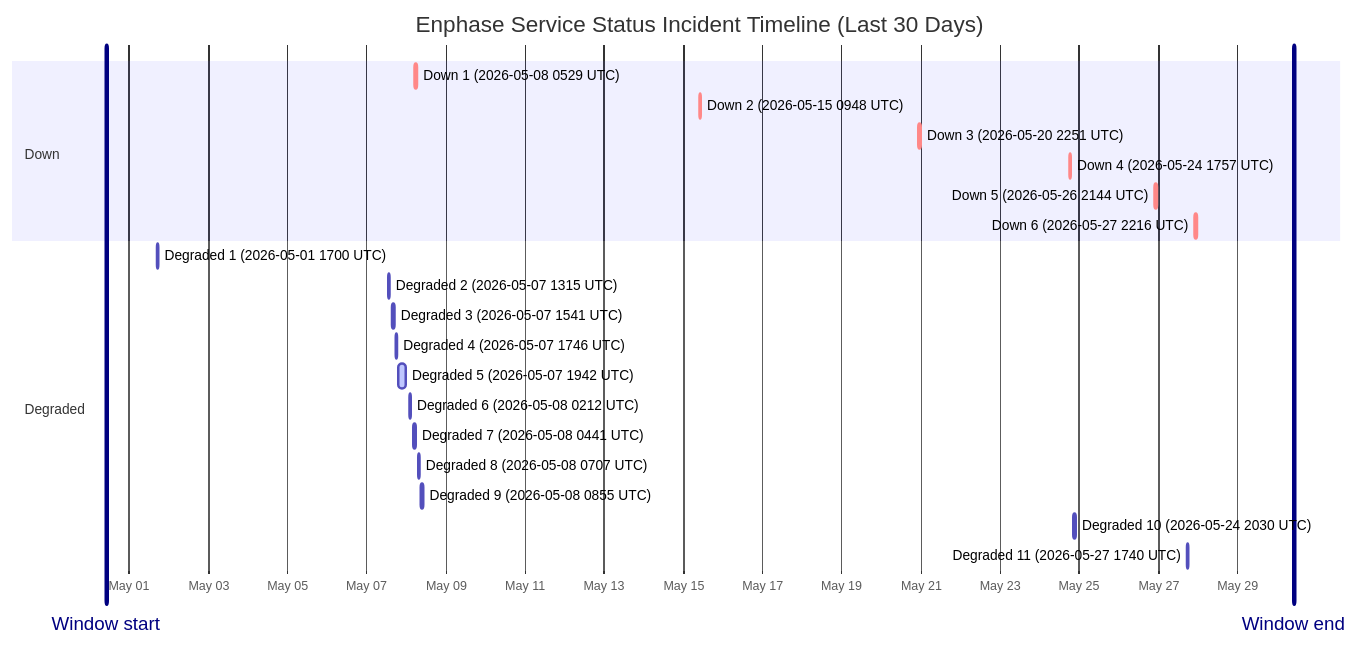
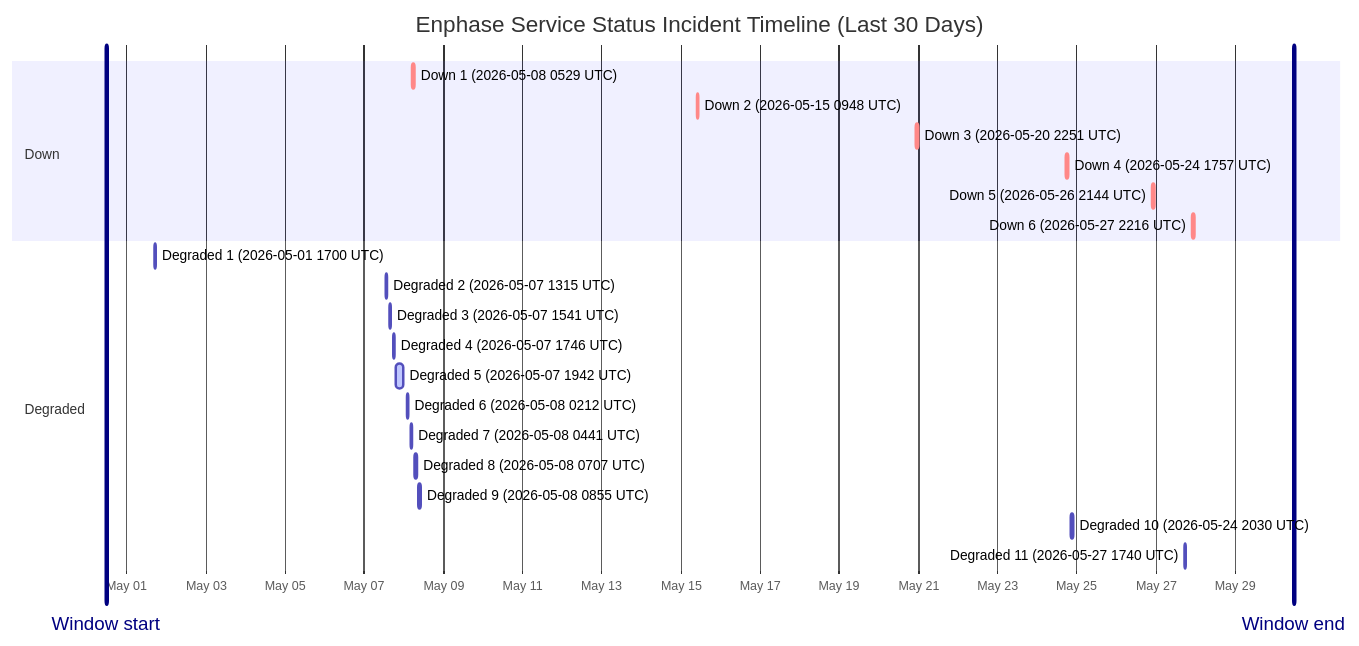
One commit to barneyonline/ha-enphase-ev-charger changed the diagram in wiki/Service-Status-History.md. Above: the diagram before and after it, drawn with Mermaid. The commit also changed other lines of this file and 3 other files, not shown here.

````diff
--- a/wiki/Service-Status-History.md
+++ b/wiki/Service-Status-History.md
@@ -14,27 +14,27 @@
 ```mermaid
 gantt
     title Enphase Service Status Incident Timeline (Last 30 Days)
     dateFormat  YYYY-MM-DDTHH:mm:ss
     axisFormat  %b %d
-    Window start :vert, window-start, 2026-04-30T09:59:40, 0ms
-    Window end :vert, window-end, 2026-05-30T09:59:40, 0ms
+    Window start :vert, window-start, 2026-04-30T11:38:26, 0ms
+    Window end :vert, window-end, 2026-05-30T11:38:26, 0ms
     section Down
     Down 1 (2026-05-08 0529 UTC) :crit, down-1, 2026-05-08T05:29:47, 60m
     Down 2 (2026-05-15 0948 UTC) :crit, down-2, 2026-05-15T09:48:18, 60m
     Down 3 (2026-05-20 2251 UTC) :crit, down-3, 2026-05-20T22:51:14, 75m
     Down 4 (2026-05-24 1757 UTC) :crit, down-4, 2026-05-24T17:57:41, 86m
     Down 5 (2026-05-26 2144 UTC) :crit, down-5, 2026-05-26T21:44:11, 85m
     Down 6 (2026-05-27 2216 UTC) :crit, down-6, 2026-05-27T22:16:53, 87m
     section Degraded
     Degraded 1 (2026-05-01 1700 UTC) :active, degraded-1, 2026-05-01T17:00:22, 60m
     Degraded 2 (2026-05-07 1315 UTC) :active, degraded-2, 2026-05-07T13:15:25, 60m
     Degraded 3 (2026-05-07 1541 UTC) :active, degraded-3, 2026-05-07T15:41:58, 60m
     Degraded 4 (2026-05-07 1746 UTC) :active, degraded-4, 2026-05-07T17:46:51, 60m
     Degraded 5 (2026-05-07 1942 UTC) :active, degraded-5, 2026-05-07T19:42:10, 249m
     Degraded 6 (2026-05-08 0212 UTC) :active, degraded-6, 2026-05-08T02:12:39, 60m
     Degraded 7 (2026-05-08 0441 UTC) :active, degraded-7, 2026-05-08T04:41:46, 60m
     Degraded 8 (2026-05-08 0707 UTC) :active, degraded-8, 2026-05-08T07:07:30, 60m
     Degraded 9 (2026-05-08 0855 UTC) :active, degraded-9, 2026-05-08T08:55:20, 88m
     Degraded 10 (2026-05-24 2030 UTC) :active, degraded-10, 2026-05-24T20:30:57, 84m
     Degraded 11 (2026-05-27 1740 UTC) :active, degraded-11, 2026-05-27T17:40:52, 60m
 ```
````
